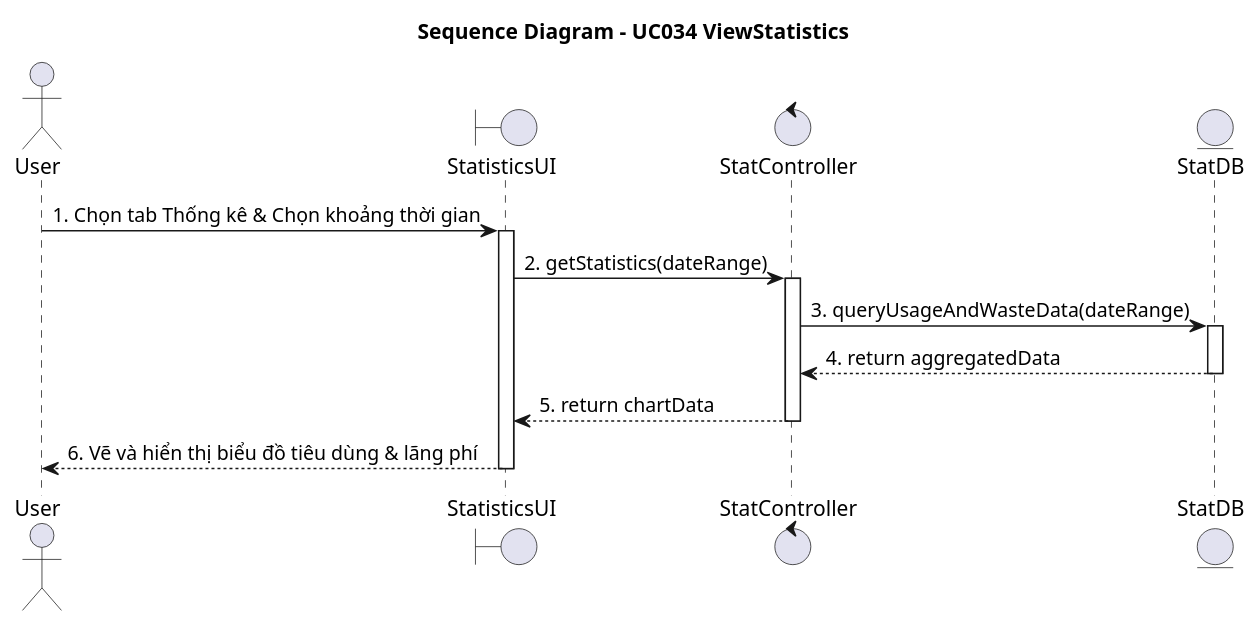
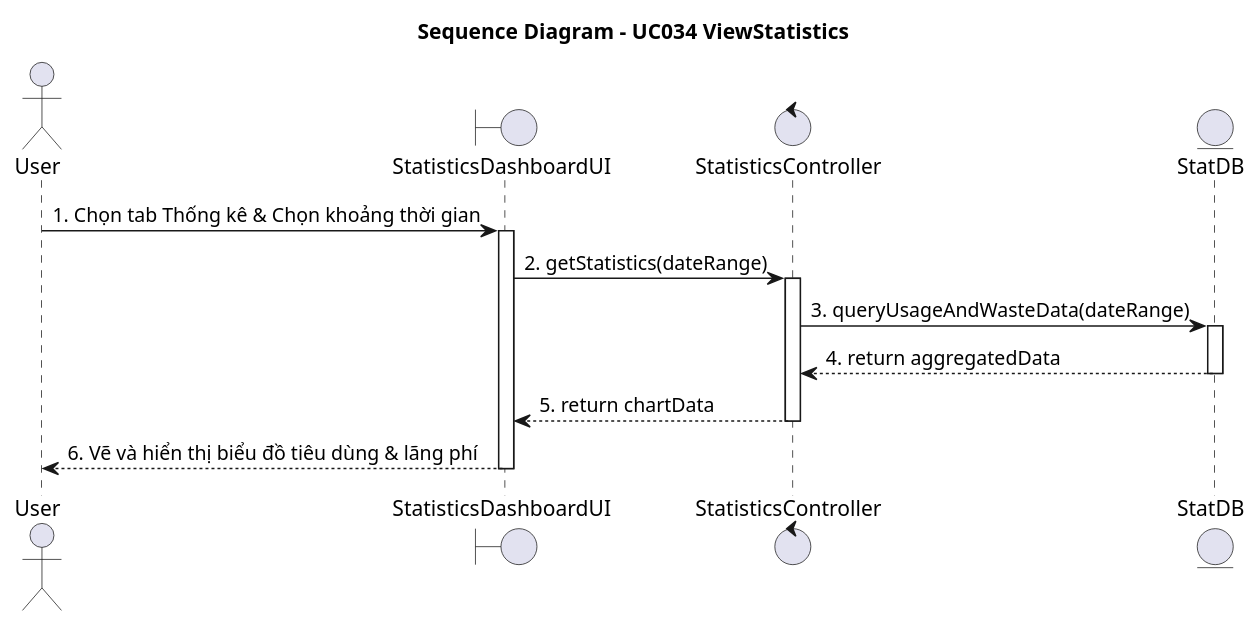
The diagram in diagrams/Module_7_Statistics/UC034_Xem_thống_kê_tiêu_dùng_và_lãng_phí_Sequence.puml (Alt2210/NaviMart), drawn with PlantUML before and after one commit. The commit also changed 113 other files, not shown here.

```diff
--- a/diagrams/Module_7_Statistics/UC034_Xem_thống_kê_tiêu_dùng_và_lãng_phí_Sequence.puml
+++ b/diagrams/Module_7_Statistics/UC034_Xem_thống_kê_tiêu_dùng_và_lãng_phí_Sequence.puml
@@ -1,21 +1,21 @@
 @startuml
 title Sequence Diagram - UC034 ViewStatistics
 
 actor "User" as Actor
-boundary "StatisticsUI" as UI
-control "StatController" as Controller
+boundary "StatisticsDashboardUI" as UI
+control "StatisticsController" as Controller
 entity "StatDB" as Entity
 
 Actor -> UI : 1. Chọn tab Thống kê & Chọn khoảng thời gian
 activate UI
 UI -> Controller : 2. getStatistics(dateRange)
 activate Controller
 Controller -> Entity : 3. queryUsageAndWasteData(dateRange)
 activate Entity
 Entity --> Controller : 4. return aggregatedData
 deactivate Entity
 Controller --> UI : 5. return chartData
 deactivate Controller
 UI --> Actor : 6. Vẽ và hiển thị biểu đồ tiêu dùng & lãng phí
 deactivate UI
 @enduml
```
